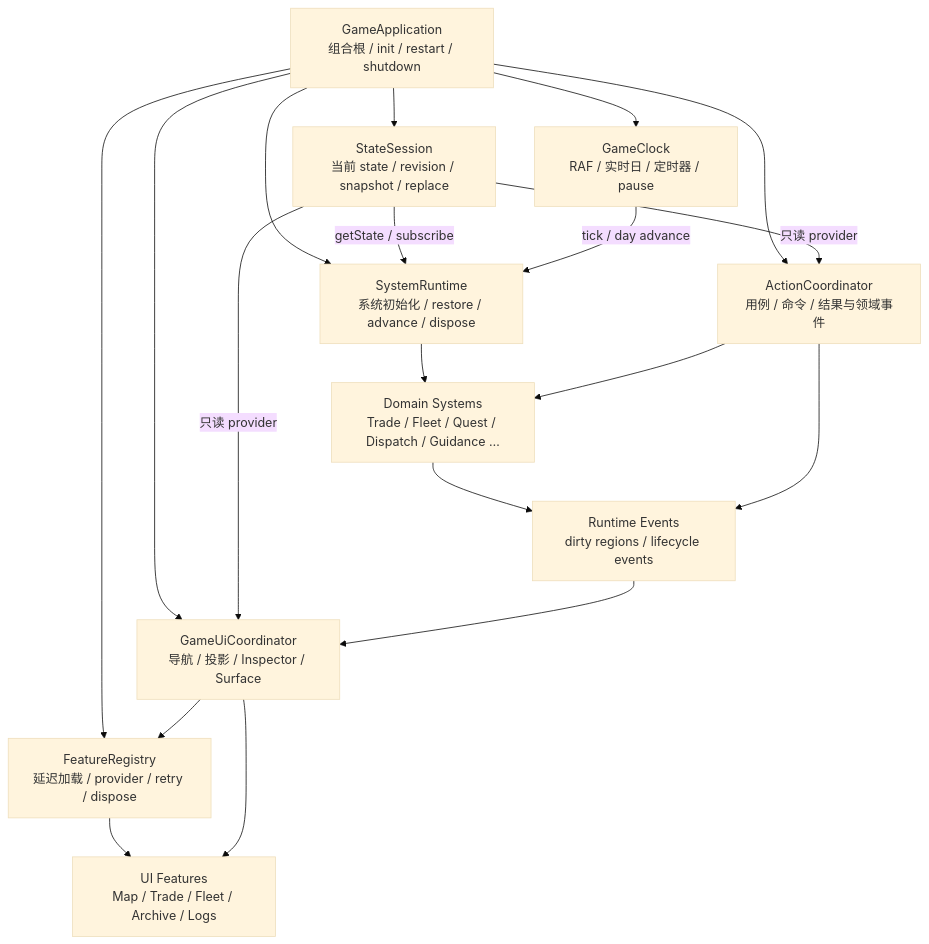
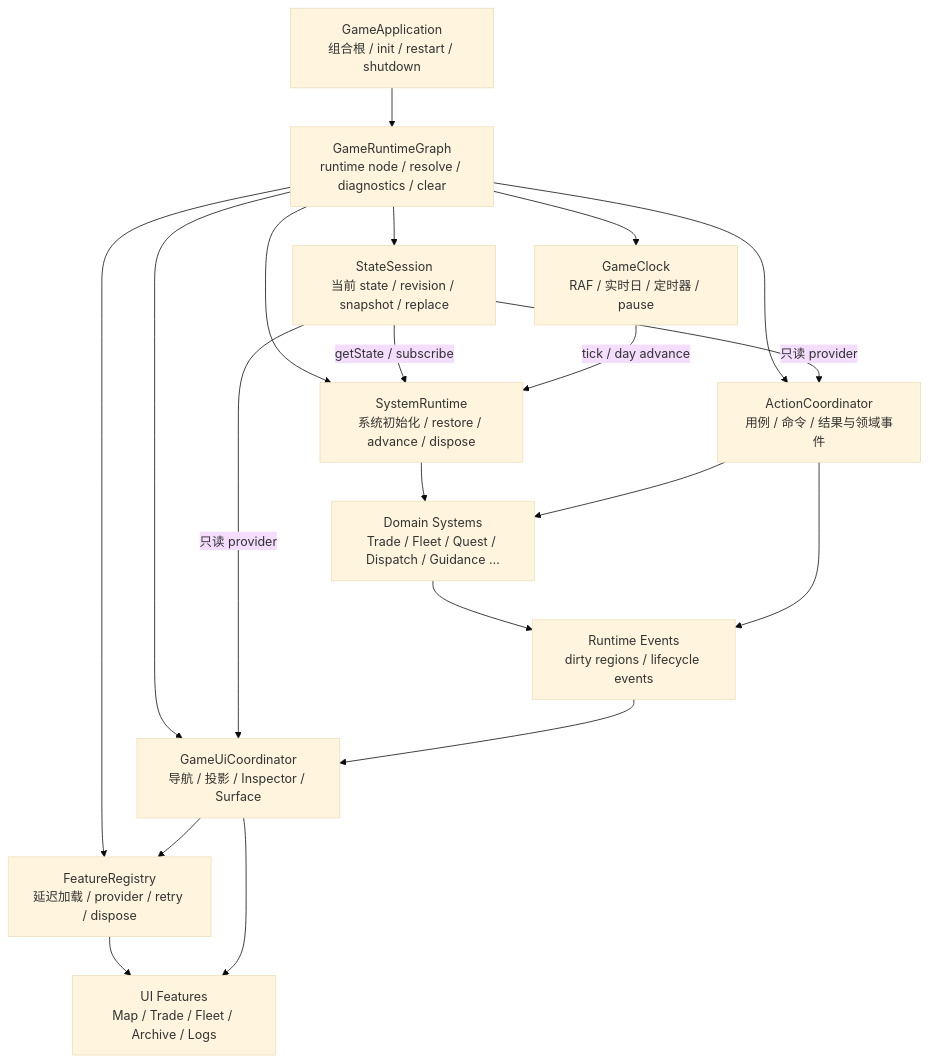
Before and after one commit to Chacat68/linegame-web: the first of 2 diagrams in docs/design/22_GameManager与全局UI重构方案.md, drawn with Mermaid (base theme). The commit also changed other lines of this file and 26 other files, not shown here.

````diff
--- a/docs/design/22_GameManager与全局UI重构方案.md
+++ b/docs/design/22_GameManager与全局UI重构方案.md
@@ -115,32 +117,34 @@
 ```mermaid
 flowchart TB
   GA["GameApplication<br/>组合根 / init / restart / shutdown"]
+  RG["GameRuntimeGraph<br/>runtime node / resolve / diagnostics / clear"]
   SS["StateSession<br/>当前 state / revision / snapshot / replace"]
   SR["SystemRuntime<br/>系统初始化 / restore / advance / dispose"]
   AC["ActionCoordinator<br/>用例 / 命令 / 结果与领域事件"]
   GC["GameClock<br/>RAF / 实时日 / 定时器 / pause"]
   FR["FeatureRegistry<br/>延迟加载 / provider / retry / dispose"]
   UI["GameUiCoordinator<br/>导航 / 投影 / Inspector / Surface"]
   DS["Domain Systems<br/>Trade / Fleet / Quest / Dispatch / Guidance …"]
   UF["UI Features<br/>Map / Trade / Fleet / Archive / Logs"]
   EB["Runtime Events<br/>dirty regions / lifecycle events"]
 
-  GA --> SS
-  GA --> SR
-  GA --> AC
-  GA --> GC
-  GA --> FR
-  GA --> UI
+  GA --> RG
+  RG --> SS
+  RG --> SR
+  RG --> AC
+  RG --> GC
+  RG --> FR
+  RG --> UI
   SS -- "getState / subscribe" --> SR
   SS -- "只读 provider" --> AC
   SS -- "只读 provider" --> UI
   SR --> DS
   AC --> DS
   GC -- "tick / day advance" --> SR
   DS --> EB
   AC --> EB
   EB --> UI
   FR --> UF
   UI --> FR
   UI --> UF
 ```
````
